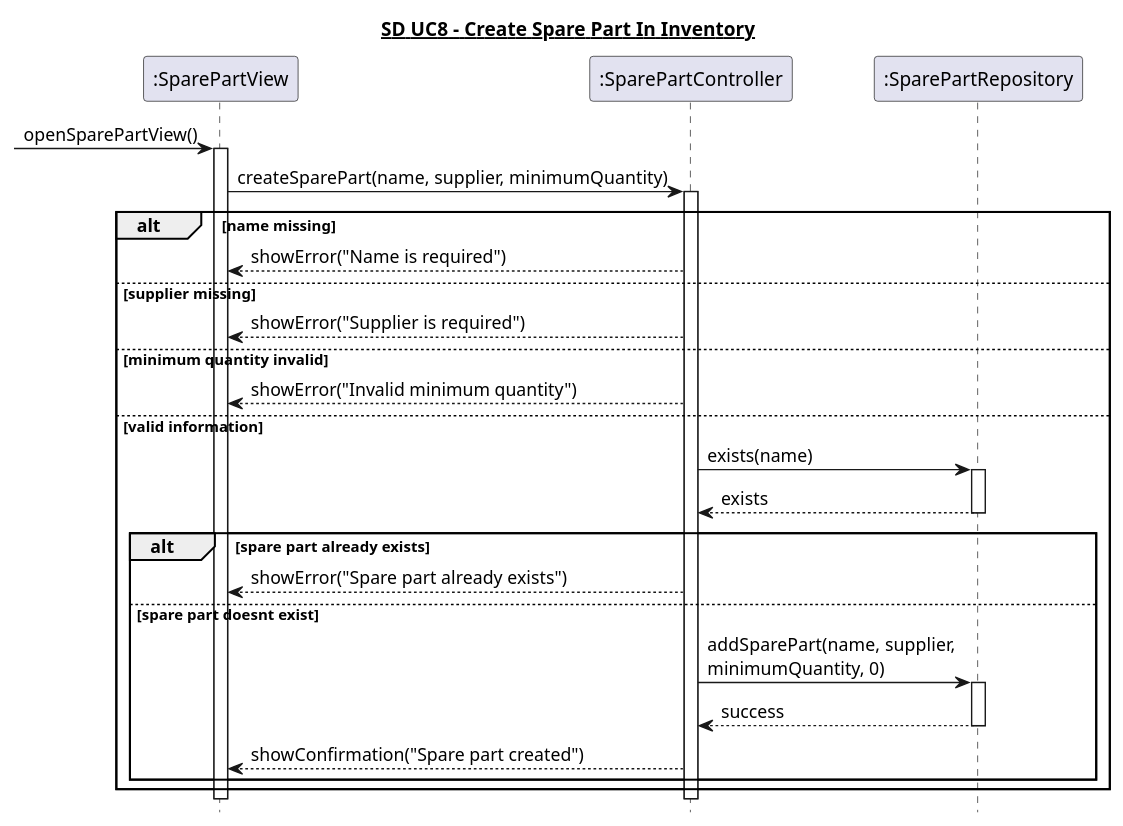
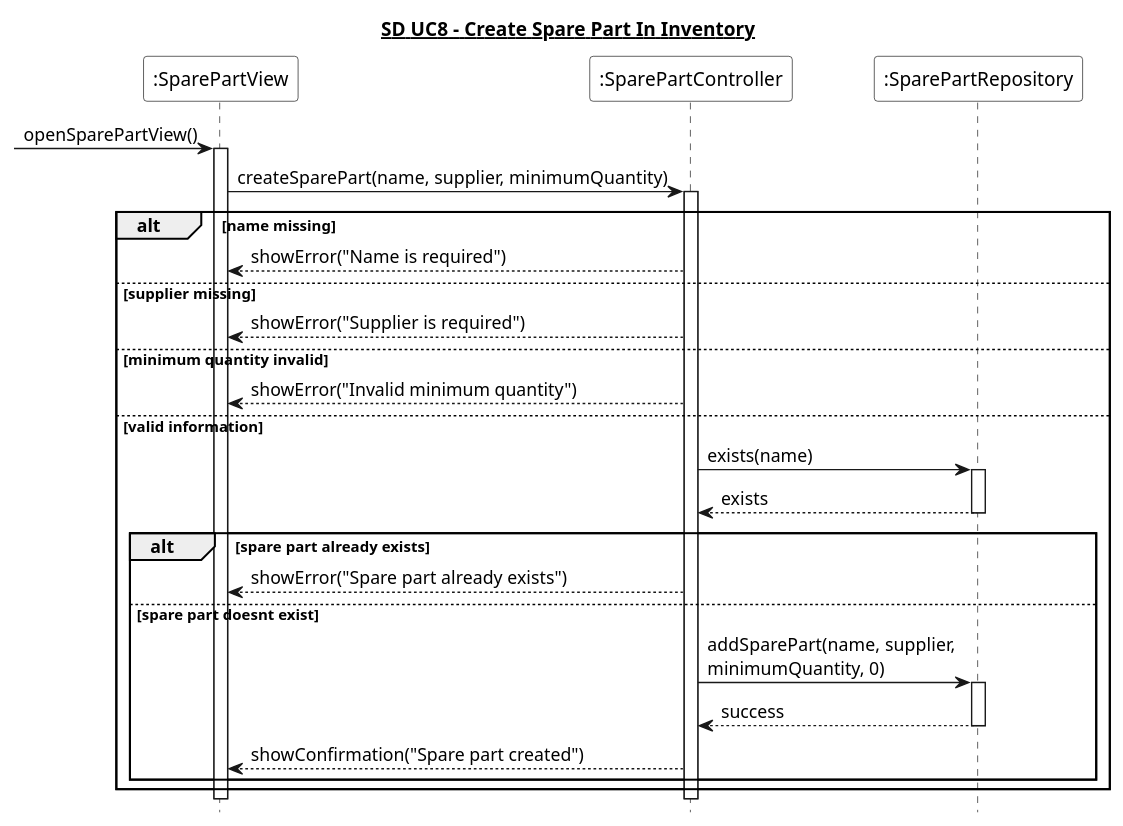
The diagram in 6. Sekvens Diagrammer/UC8_opret_reservedel.puml (Zoabz/Getting-Real), drawn with PlantUML before and after one commit. The commit also changed 8 other files, not shown here.

```diff
--- a/6. Sekvens Diagrammer/UC8_opret_reservedel.puml
+++ b/6. Sekvens Diagrammer/UC8_opret_reservedel.puml
@@ -1,46 +1,46 @@
 @startuml
 hide footbox
 title <U>SD UC8 - Create Spare Part In Inventory</U>
 
-participant ":SparePartView" as View
-participant ":SparePartController" as Controller
-participant ":SparePartRepository" as Repository
+participant ":SparePartView" as View #White
+participant ":SparePartController" as Controller #White
+participant ":SparePartRepository" as Repository #White
 
 [-> View : openSparePartView()
 activate View
 
 View -> Controller : createSparePart(name, supplier, minimumQuantity)
 activate Controller
 
 alt name missing
     Controller --> View : showError("Name is required")
 
 else supplier missing
     Controller --> View : showError("Supplier is required")
 
 else minimum quantity invalid
     Controller --> View : showError("Invalid minimum quantity")
 
 else valid information
     Controller -> Repository : exists(name)
     activate Repository
     Repository --> Controller : exists
     deactivate Repository
 
     alt spare part already exists
         Controller --> View : showError("Spare part already exists")
 
     else spare part doesnt exist 
         Controller -> Repository : addSparePart(name, supplier,\nminimumQuantity, 0)
         activate Repository
         Repository --> Controller : success
         deactivate Repository
 
         Controller --> View : showConfirmation("Spare part created")
     end
 end
 
 deactivate Controller
 deactivate View
 
 @enduml
```
